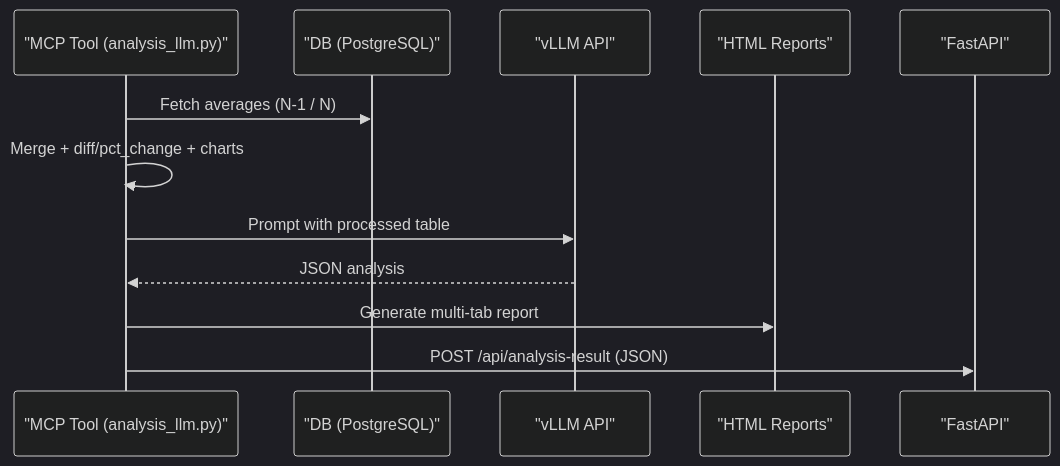
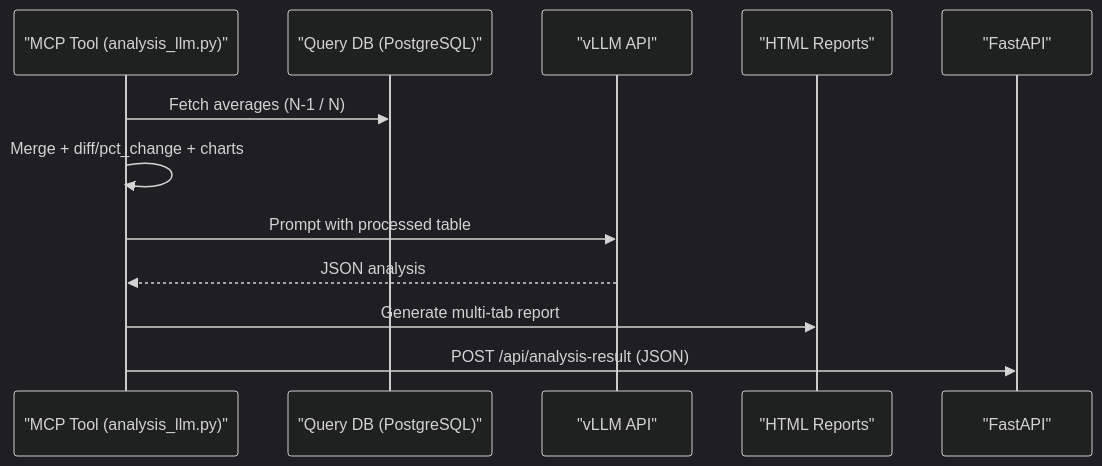
Before and after one commit to Ranponim/0809: the third of 3 diagrams in kpi_dashboard/docs/architecture.md, drawn with Mermaid (dark theme). The commit also changed other lines of this file and 2 other files, not shown here.

````diff
--- a/kpi_dashboard/docs/architecture.md
+++ b/kpi_dashboard/docs/architecture.md
@@ -36,15 +39,15 @@
 ```mermaid
 sequenceDiagram
   participant Tool as "MCP Tool (analysis_llm.py)"
-  participant DB as "DB (PostgreSQL)"
+  participant DB as "Query DB (PostgreSQL)"
   participant LLM as "vLLM API"
   participant HTML as "HTML Reports"
   participant BE as "FastAPI"
 
   Tool->>DB: Fetch averages (N-1 / N)
   Tool->>Tool: Merge + diff/pct_change + charts
   Tool->>LLM: Prompt with processed table
   LLM-->>Tool: JSON analysis
   Tool->>HTML: Generate multi-tab report
   Tool->>BE: POST /api/analysis-result (JSON)
 ```
````
